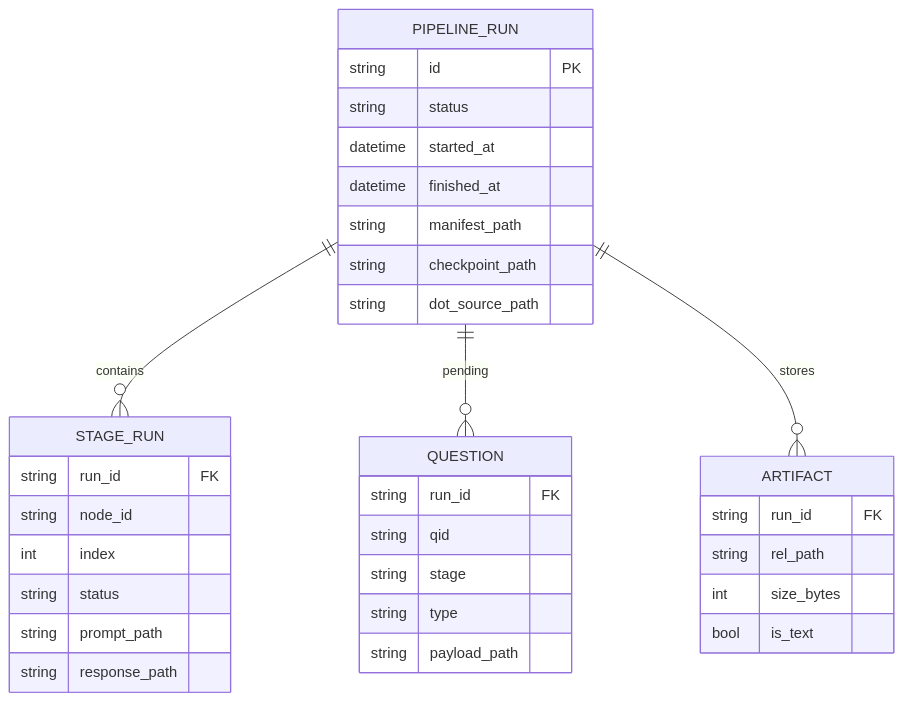
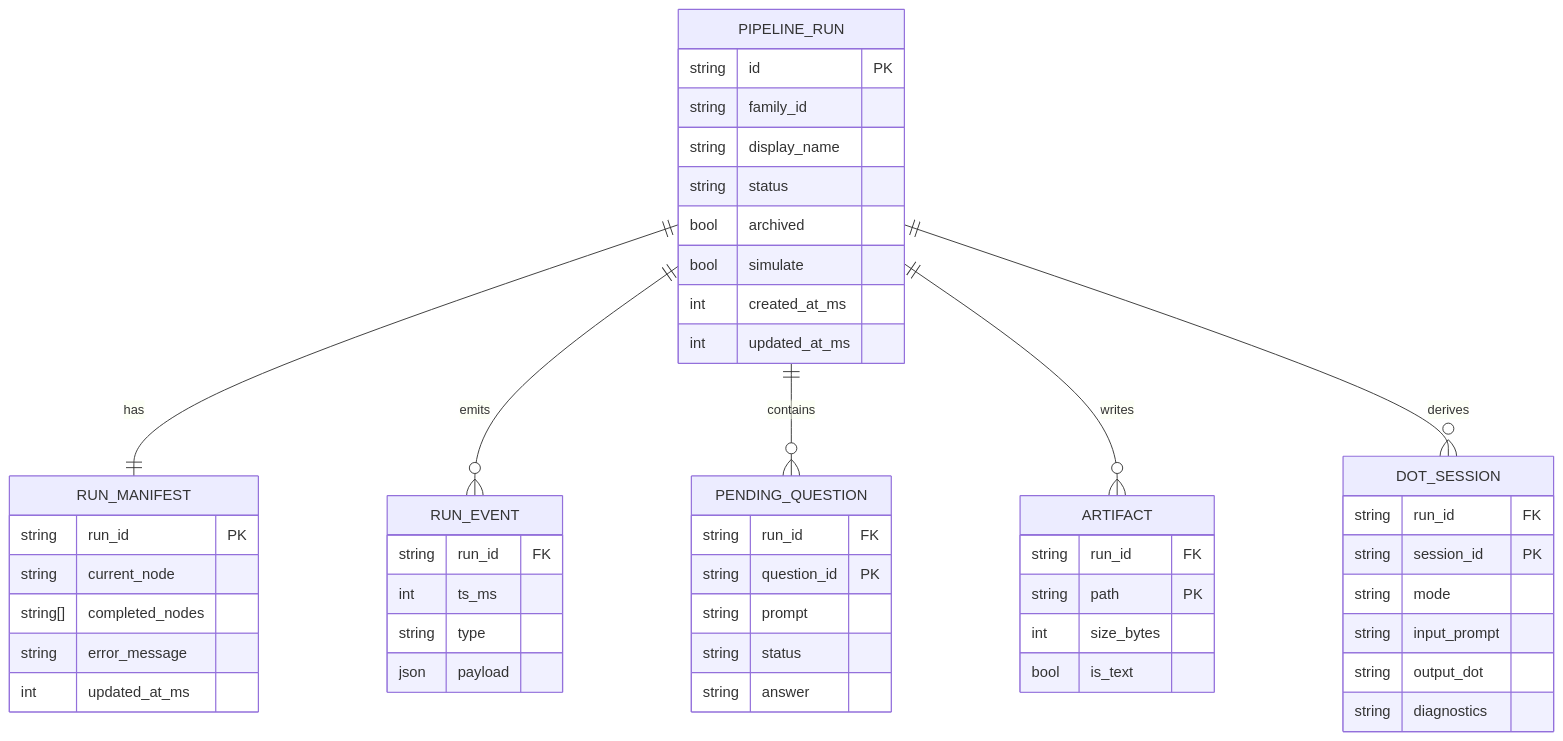
The second of 5 diagrams in docs/sprints/SPRINT-002-attractor-php-web-dashboard.md (jaytaylor/attractor-php), drawn with Mermaid before and after one commit. The commit also changed other lines of this file, not shown here.

Commit message:
docs: sync sprint 002 implementation status and evidence

````diff
--- a/docs/sprints/SPRINT-002-attractor-php-web-dashboard.md
+++ b/docs/sprints/SPRINT-002-attractor-php-web-dashboard.md
@@ -1363,41 +1806,58 @@
 ```mermaid
-%% Source: .scratch/mermaid/SPRINT-002/er.mmd
 erDiagram
-  PIPELINE_RUN ||--o{ STAGE_RUN : contains
-  PIPELINE_RUN ||--o{ QUESTION : pending
-  PIPELINE_RUN ||--o{ ARTIFACT : stores
+    PIPELINE_RUN ||--|| RUN_MANIFEST : has
+    PIPELINE_RUN ||--o{ RUN_EVENT : emits
+    PIPELINE_RUN ||--o{ PENDING_QUESTION : contains
+    PIPELINE_RUN ||--o{ ARTIFACT : writes
+    PIPELINE_RUN ||--o{ DOT_SESSION : derives
 
-  PIPELINE_RUN {
-    string id PK
-    string status
-    datetime started_at
-    datetime finished_at
-    string manifest_path
-    string checkpoint_path
-    string dot_source_path
-  }
+    PIPELINE_RUN {
+      string id PK
+      string family_id
+      string display_name
+      string status
+      bool archived
+      bool simulate
+      int created_at_ms
+      int updated_at_ms
+    }
 
-  STAGE_RUN {
-    string run_id FK
-    string node_id
-    int index
-    string status
-    string prompt_path
-    string response_path
-  }
+    RUN_MANIFEST {
+      string run_id PK
+      string current_node
+      string[] completed_nodes
+      string error_message
+      int updated_at_ms
+    }
 
-  QUESTION {
-    string run_id FK
-    string qid
-    string stage
-    string type
-    string payload_path
-  }
+    RUN_EVENT {
+      string run_id FK
+      int ts_ms
+      string type
+      json payload
+    }
 
-  ARTIFACT {
-    string run_id FK
-    string rel_path
-    int size_bytes
-    bool is_text
-  }
+    PENDING_QUESTION {
+      string run_id FK
+      string question_id PK
+      string prompt
+      string status
+      string answer
+    }
+
+    ARTIFACT {
+      string run_id FK
+      string path PK
+      int size_bytes
+      bool is_text
+    }
+
+    DOT_SESSION {
+      string run_id FK
+      string session_id PK
+      string mode
+      string input_prompt
+      string output_dot
+      string diagnostics
+    }
 ```
````
